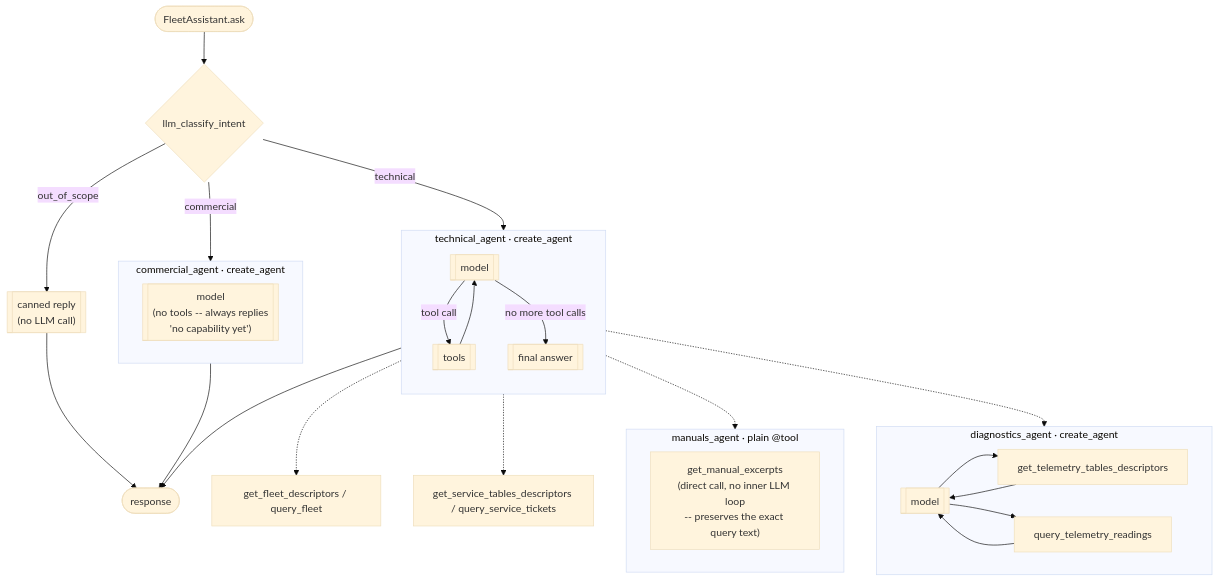
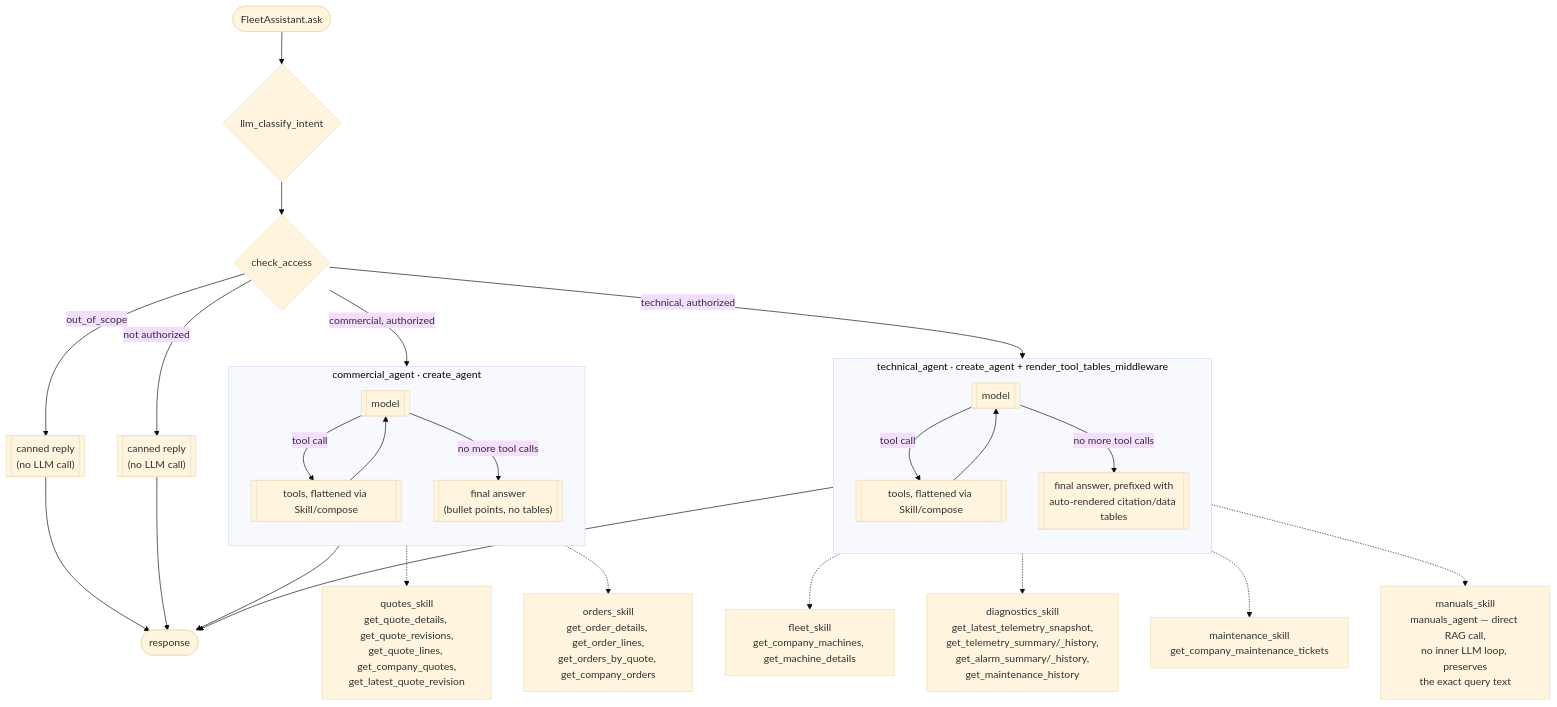
One commit to SDP-group6-Q2/ai-orchestrator changed the diagram in docs/README.md. Above: the diagram before and after it, drawn with Mermaid (base theme). The commit also changed other lines of this file and 1 other file, not shown here.

````diff
--- a/docs/README.md
+++ b/docs/README.md
@@ -38,39 +43,37 @@
 ```mermaid
 flowchart TD
     Start([FleetAssistant.ask]) --> Router{llm_classify_intent}
+    Router --> CheckAccess{check_access}
 
-    Router -->|technical| Technical
-    Router -->|commercial| Commercial
-    Router -->|out_of_scope| OutOfScope[["canned reply\n(no LLM call)"]]
+    CheckAccess -->|technical, authorized| Technical
+    CheckAccess -->|commercial, authorized| Commercial
+    CheckAccess -->|out_of_scope| OutOfScope[["canned reply\n(no LLM call)"]]
+    CheckAccess -->|not authorized| AccessDenied[["canned reply\n(no LLM call)"]]
 
-    subgraph Technical["technical_agent · create_agent"]
+    subgraph Technical["technical_agent · create_agent + render_tool_tables_middleware"]
         direction TB
-        TechModel[[model]] -->|tool call| TechTools[[tools]]
+        TechModel[[model]] -->|tool call| TechTools[[tools, flattened via Skill/compose]]
         TechTools --> TechModel
-        TechModel -->|no more tool calls| TechAnswer[[final answer]]
+        TechModel -->|no more tool calls| TechAnswer[[final answer, prefixed with\nauto-rendered citation/data tables]]
     end
 
-    TechTools -.-> Manuals
-    TechTools -.-> Diagnostics
-    TechTools -.-> FleetTools[get_fleet_descriptors / query_fleet]
-    TechTools -.-> ServiceTools[get_service_tables_descriptors / query_service_tickets]
+    TechTools -.-> FleetSkill["fleet_skill\nget_company_machines, get_machine_details"]
+    TechTools -.-> DiagSkill["diagnostics_skill\nget_latest_telemetry_snapshot,\nget_telemetry_summary/_history,\nget_alarm_summary/_history,\nget_maintenance_history"]
+    TechTools -.-> MaintSkill["maintenance_skill\nget_company_maintenance_tickets"]
+    TechTools -.-> ManualsSkill["manuals_skill\nmanuals_agent — direct RAG call,\nno inner LLM loop, preserves\nthe exact query text"]
 
-    subgraph Manuals["manuals_agent · plain @tool"]
-        GetManuals["get_manual_excerpts\n(direct call, no inner LLM loop\n-- preserves the exact query text)"]
+    subgraph Commercial["commercial_agent · create_agent"]
+        direction TB
+        CommModel[[model]] -->|tool call| CommTools[[tools, flattened via Skill/compose]]
+        CommTools --> CommModel
+        CommModel -->|no more tool calls| CommAnswer[["final answer\n(bullet points, no tables)"]]
     end
 
-    subgraph Diagnostics["diagnostics_agent · create_agent"]
-        DiagModel[[model]] --> TelemetryDescriptors[get_telemetry_tables_descriptors]
-        DiagModel --> QueryTelemetry[query_telemetry_readings]
-        TelemetryDescriptors --> DiagModel
-        QueryTelemetry --> DiagModel
-    end
-
-    subgraph Commercial["commercial_agent · create_agent"]
-        CommModel[["model\n(no tools -- always replies\n'no capability yet')"]]
-    end
+    CommTools -.-> QuotesSkill["quotes_skill\nget_quote_details, get_quote_revisions,\nget_quote_lines, get_company_quotes,\nget_latest_quote_revision"]
+    CommTools -.-> OrdersSkill["orders_skill\nget_order_details, get_order_lines,\nget_orders_by_quote, get_company_orders"]
 
     TechAnswer --> End([response])
-    Commercial --> End
+    CommAnswer --> End
     OutOfScope --> End
+    AccessDenied --> End
 ```
````
